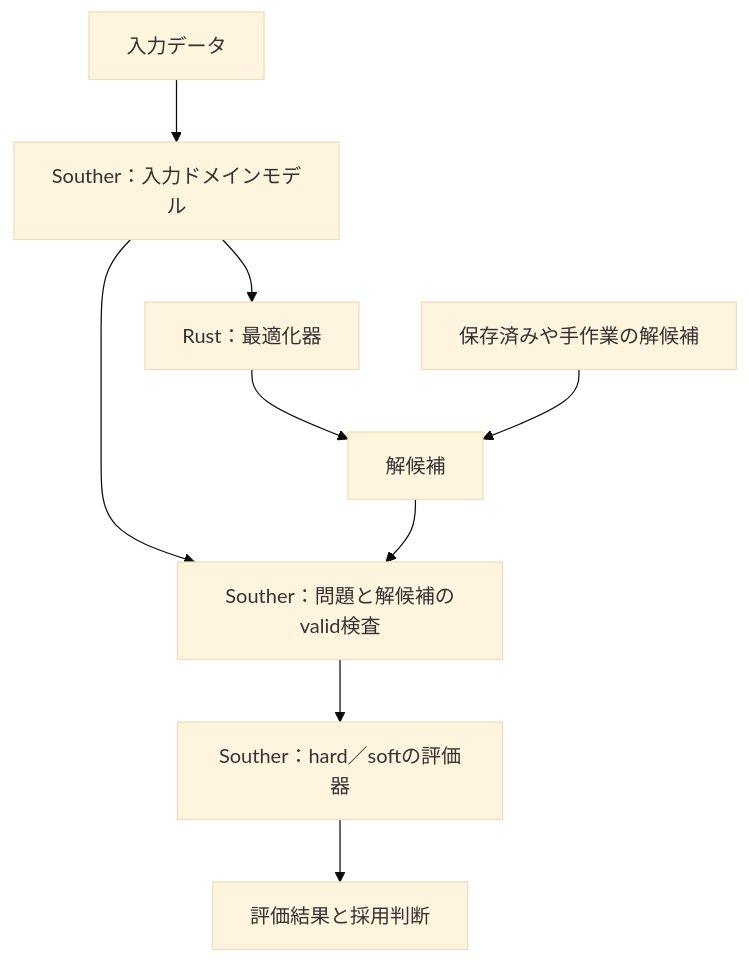
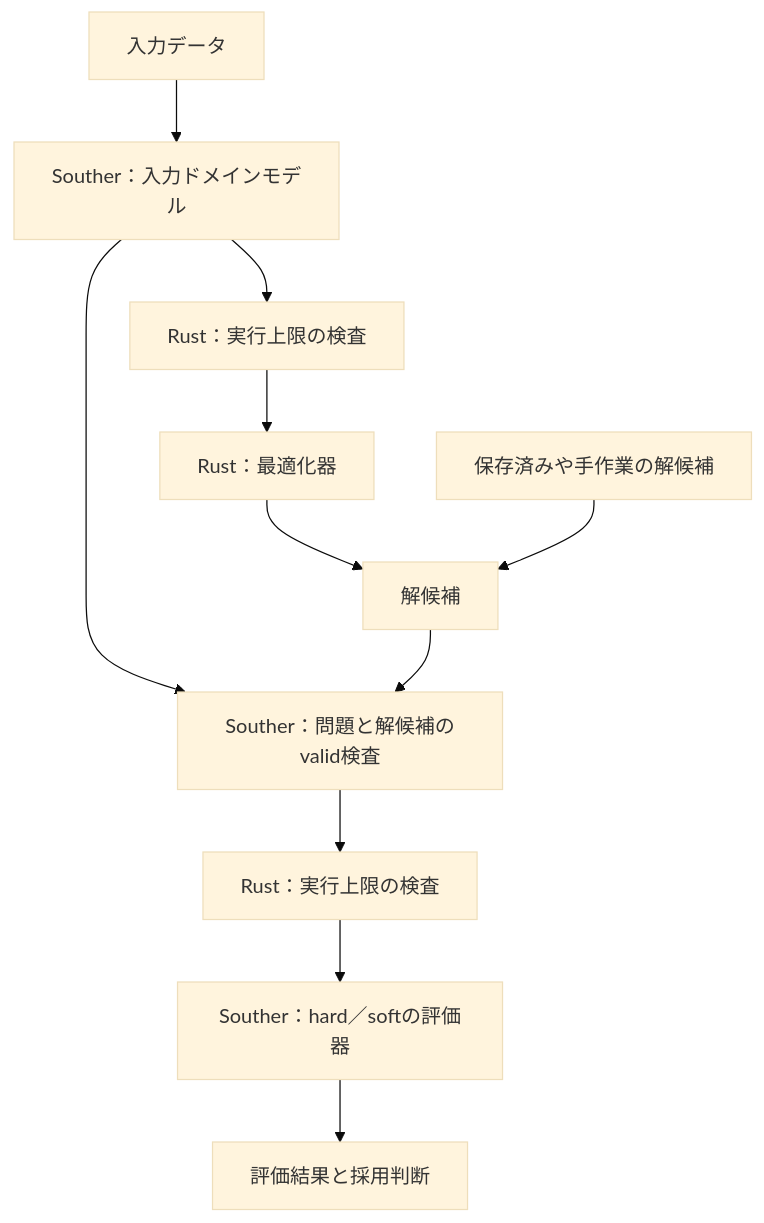
The diagram in README.md (mullzhang/souther-rust-mathopt), drawn with Mermaid (base theme) before and after one commit. The commit also changed other lines of this file and 7 other files, not shown here.

Commit message:
Separate host execution limits from domain validity

````diff
--- a/README.md
+++ b/README.md
@@ -16,11 +16,13 @@
 ```mermaid
 flowchart TD
     input[入力データ] --> domain[Souther：入力ドメインモデル]
-    domain --> optimizer[Rust：最適化器]
+    domain --> solveLimits[Rust：実行上限の検査]
+    solveLimits --> optimizer[Rust：最適化器]
     optimizer --> candidate[解候補]
     external[保存済みや手作業の解候補] --> candidate
     domain --> valid[Souther：問題と解候補のvalid検査]
     candidate --> valid
-    valid --> evaluator[Souther：hard／softの評価器]
+    valid --> reviewLimits[Rust：実行上限の検査]
+    reviewLimits --> evaluator[Souther：hard／softの評価器]
     evaluator --> result[評価結果と採用判断]
 ```
````
